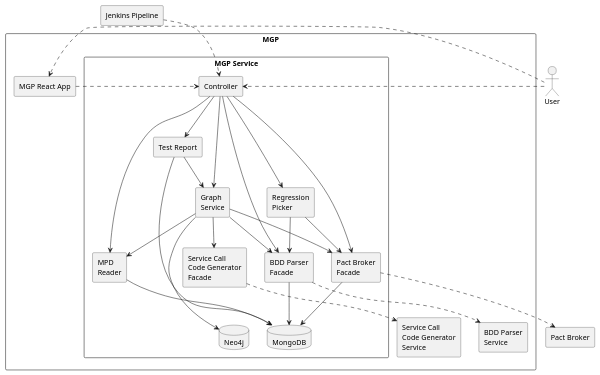
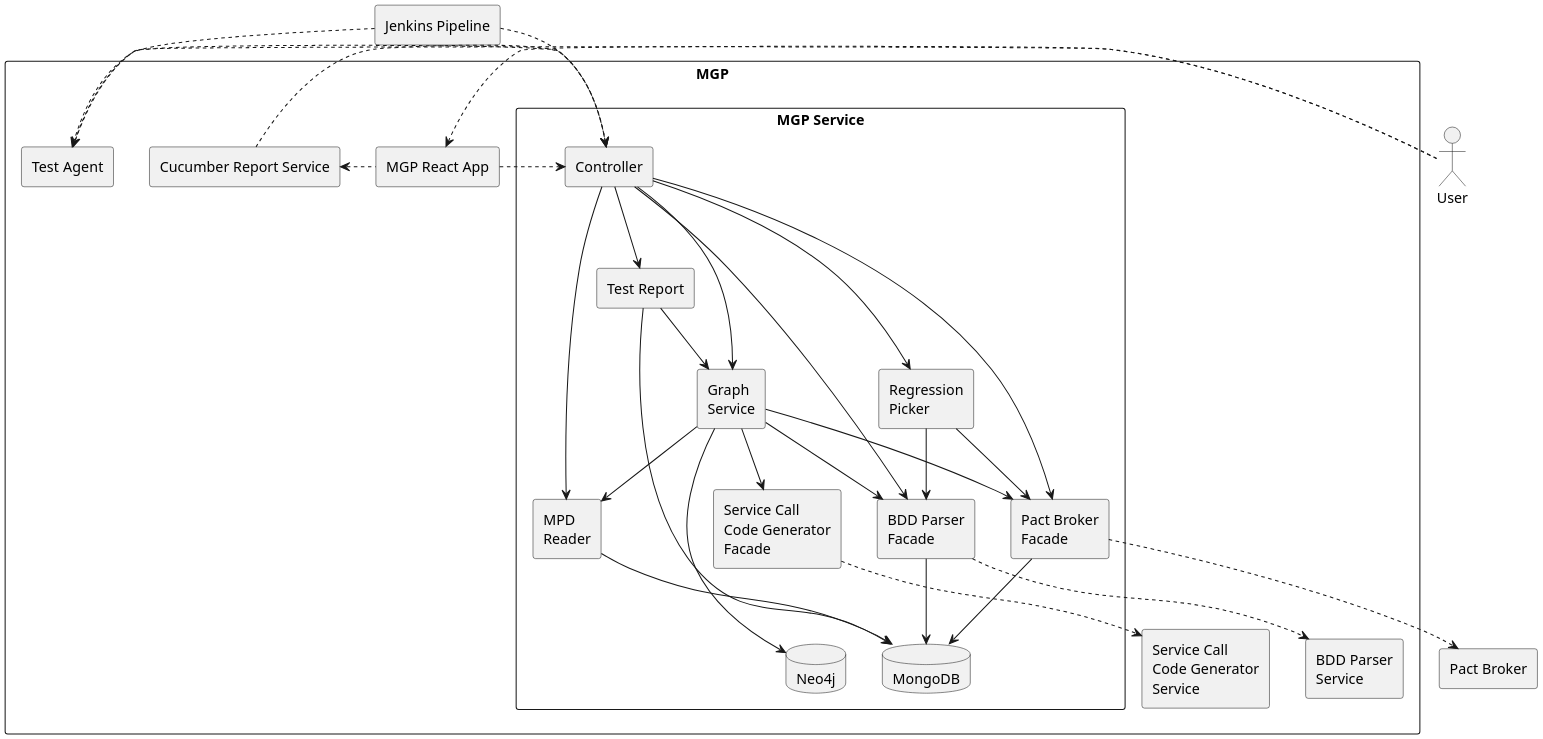
One commit to b4456609/mgp-back changed the diagram in diagram/mgp.puml. Above: the diagram before and after it, drawn with PlantUML.

```diff
--- a/diagram/mgp.puml
+++ b/diagram/mgp.puml
@@ -1,68 +1,73 @@
 @startuml
-'scale 2
+scale 2
 'left to right direction
 actor User as user
 rectangle "Jenkins Pipeline" as jp
 rectangle "Pact Broker" as pb
 
 rectangle "MGP" {
 rectangle "Service Call\nCode Generator\nService" as cg
     rectangle "BDD Parser\nService" as ua
 	rectangle "MGP React App" as react
-
+	rectangle "Cucumber Report Service" as crs
+	rectangle "Test Agent" as ta
 
     rectangle "MGP Service" as mgp {
         rectangle "Controller" as con
         rectangle "Regression\nPicker" as rp
         rectangle "Graph\nService" as gs
         rectangle "MPD\nReader" as mr
         rectangle "Service Call\nCode Generator\nFacade" as cgf
         rectangle "BDD Parser\nFacade" as uf
         rectangle "Pact Broker\nFacade" as pbf
         rectangle "Test Report" as tr
         database Neo4j as neo
         database MongoDB as mon
     }
 
     react .> con
+    crs .> con
+    ta .> con
 
     con -d-> rp
     con -d-> gs
     con -d-> mr
     con -d-> uf
     con -d-> pbf
     con -d-> tr
 
     gs -d-> cgf
     gs -d-> uf
     gs -d-> pbf
     gs -d-> mr
 
     tr -d-> gs
 
     rp -d-> pbf
     rp -d-> uf
 
     gs -d-> neo
 
     mr -d-> mon
     uf -d-> mon
     pbf -d-> mon
     tr -d-> mon
 
 
     mr -[hidden]d-> neo
 }
 
+react .l.> crs
+jp .d.> ta
 jp .d.> con
 jp .[hidden].> react
-user .> con
+user .> ta
 user .> react
 cgf .> cg
 uf .> ua
 pbf .> pb
 
 neo -[hidden]> cg
 neo -[hidden]> ua
 neo -[hidden]> pb
 @enduml
```
